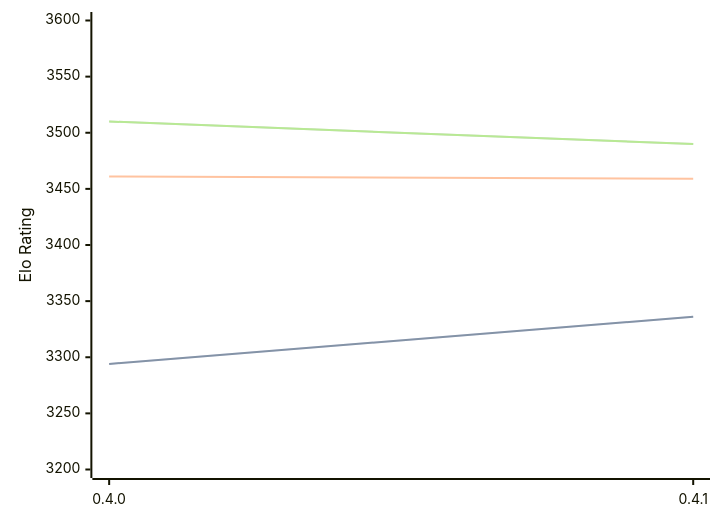
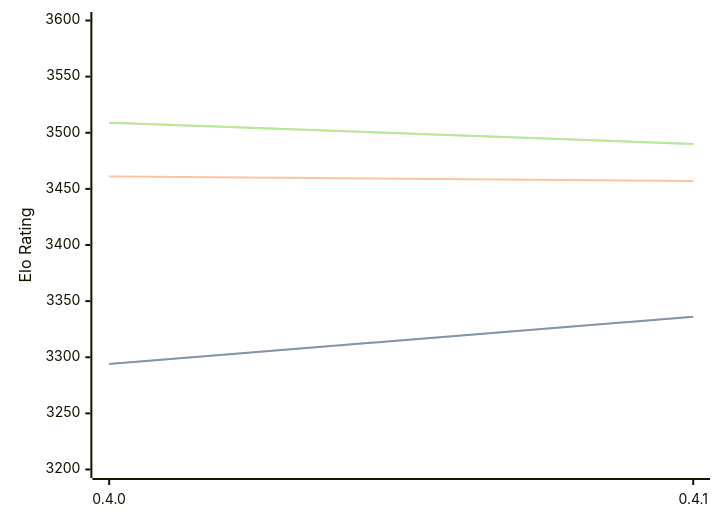
One commit to computer-chess-index/cci changed the diagram in engines/Cinder.md. Above: the diagram before and after it, drawn with Mermaid. The commit also changed other lines of this file, not shown here.

Commit message:
Update CCI Ratings (ELO VLTC) - 2026-06-12

````diff
--- a/engines/Cinder.md
+++ b/engines/Cinder.md
@@ -40,11 +40,11 @@
 ```mermaid
 %%{init: {"theme":"base","themeVariables":{"seriesColors:['#a3a3a3','#222221','#faa371']}}}%%
 xychart-beta
   x-axis ["0.4.0", "0.4.1"]
   y-axis "Elo Rating" 3200 --> 3600
   line "STC (8.0+0.08s)" [3294, 3336]
   line "STC (8.0+0.08s)" [3294, 3336]
-  line "LTC (60.0+0.60s)" [3461, 3459]
-  line "VLTC (2m24s+1.12s)" [3510, 3490]
-  line "VLTC (2m24s+1.12s)" [3510, 3490]
+  line "LTC (60.0+0.60s)" [3461, 3457]
+  line "VLTC (2m24s+1.12s)" [3509, 3490]
+  line "VLTC (2m24s+1.12s)" [3509, 3490]
 ```
````
